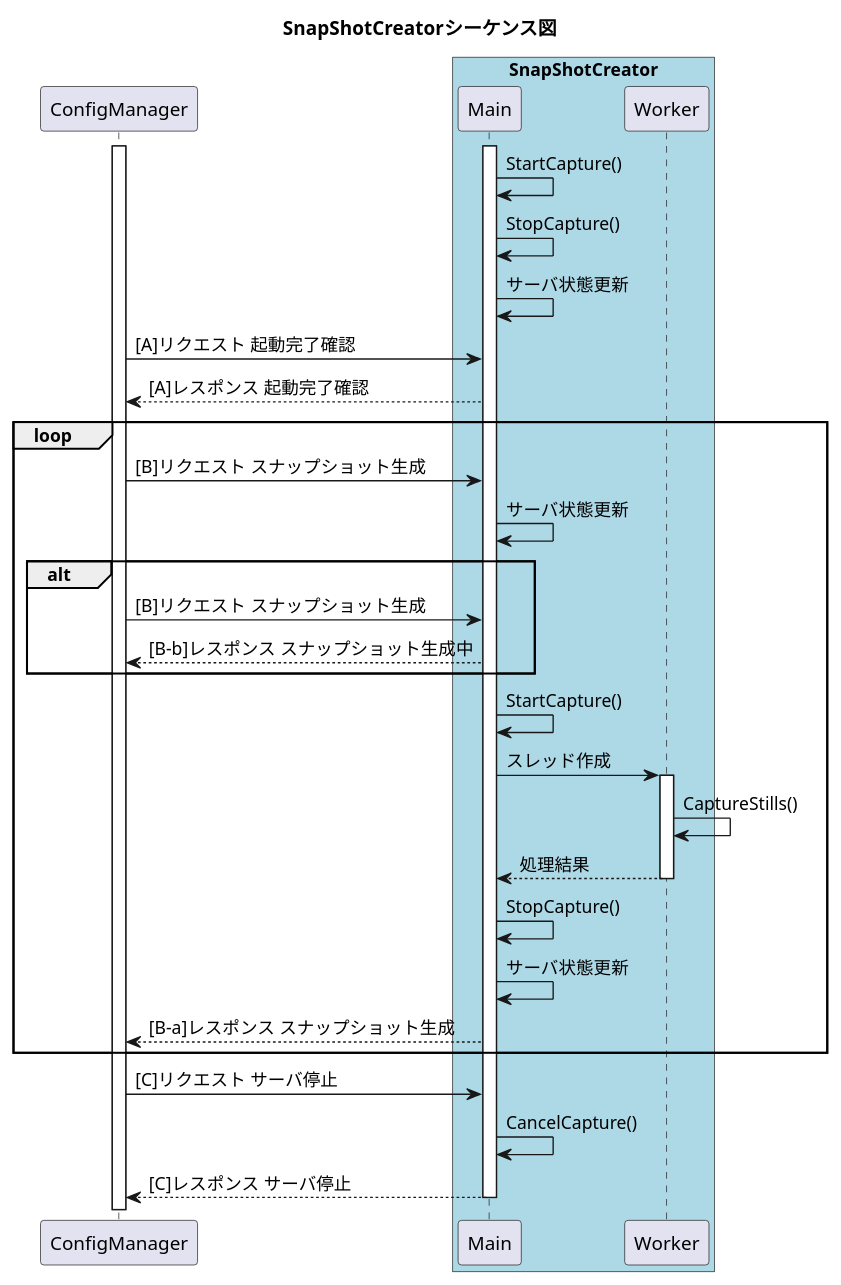
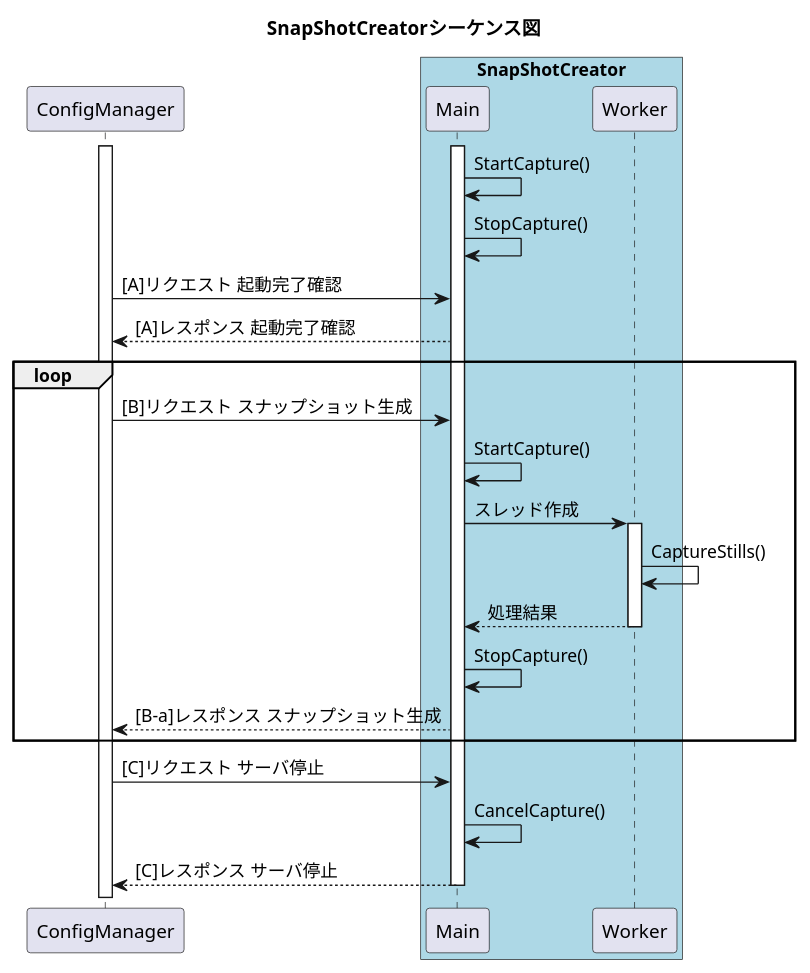
One commit to silviaclaire/decklink-snapshot-creator changed the diagram in SnapShotCreator/doc/sequence.pu. Above: the diagram before and after it, drawn with PlantUML.

Commit message:
Update sequece chart.

```diff
--- a/SnapShotCreator/doc/sequence.pu
+++ b/SnapShotCreator/doc/sequence.pu
@@ -1,41 +1,34 @@
 @startuml
 title SnapShotCreatorシーケンス図
 
 participant ConfigManager
 
 box "SnapShotCreator" #LightBlue
 participant Main
 participant Worker
 end box
 
 activate ConfigManager
 activate Main
 
 Main -> Main : StartCapture()
 Main -> Main : StopCapture()
-Main -> Main : サーバ状態更新
 ConfigManager -> Main : [A]リクエスト 起動完了確認
 Main --> ConfigManager : [A]レスポンス 起動完了確認
 loop
     ConfigManager -> Main : [B]リクエスト スナップショット生成
-    Main -> Main : サーバ状態更新
-    alt
-        ConfigManager -> Main : [B]リクエスト スナップショット生成
-        Main --> ConfigManager : [B-b]レスポンス スナップショット生成中
-    end
     Main -> Main : StartCapture()
     Main -> Worker : スレッド作成
     activate Worker
     Worker -> Worker : CaptureStills()
     Worker --> Main : 処理結果
     deactivate Worker
     Main -> Main : StopCapture()
-    Main -> Main : サーバ状態更新
     Main --> ConfigManager : [B-a]レスポンス スナップショット生成
 end
 ConfigManager -> Main : [C]リクエスト サーバ停止
 Main -> Main : CancelCapture()
 Main --> ConfigManager : [C]レスポンス サーバ停止
 deactivate Main
 
 @enduml
```
